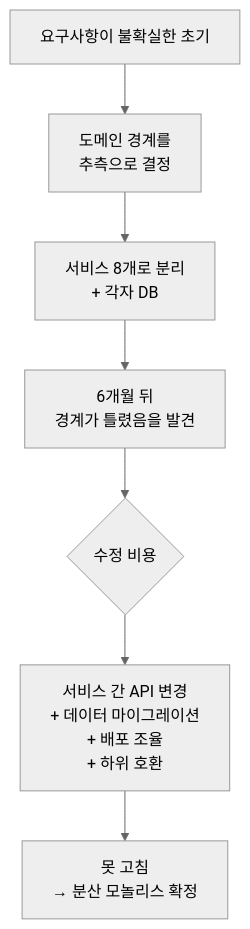
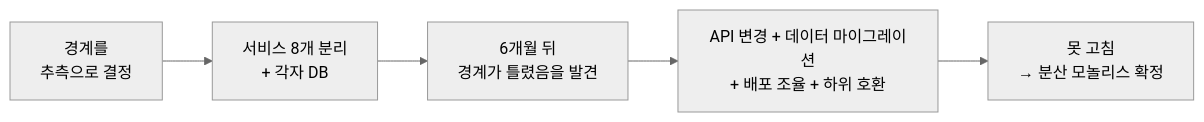
The first of 5 diagrams in MSA/17-modular-monolith-to-msa.md (ktae23/TIL), drawn with Mermaid (neutral theme) before and after one commit. The commit also changed other lines of this file and 13 other files, not shown here.

````diff
--- a/MSA/17-modular-monolith-to-msa.md
+++ b/MSA/17-modular-monolith-to-msa.md
@@ -20,9 +20,7 @@
 ```mermaid
-flowchart TB
-    A["요구사항이 불확실한 초기"] --> B["도메인 경계를<br/>추측으로 결정"]
-    B --> C["서비스 8개로 분리<br/>+ 각자 DB"]
+flowchart LR
+    A["경계를<br/>추측으로 결정"] --> C["서비스 8개 분리<br/>+ 각자 DB"]
     C --> D["6개월 뒤<br/>경계가 틀렸음을 발견"]
-    D --> E{"수정 비용"}
-    E --> F["서비스 간 API 변경<br/>+ 데이터 마이그레이션<br/>+ 배포 조율<br/>+ 하위 호환"]
+    D --> F["API 변경 + 데이터 마이그레이션<br/>+ 배포 조율 + 하위 호환"]
     F --> G["못 고침<br/>→ 분산 모놀리스 확정"]
 ```
````
